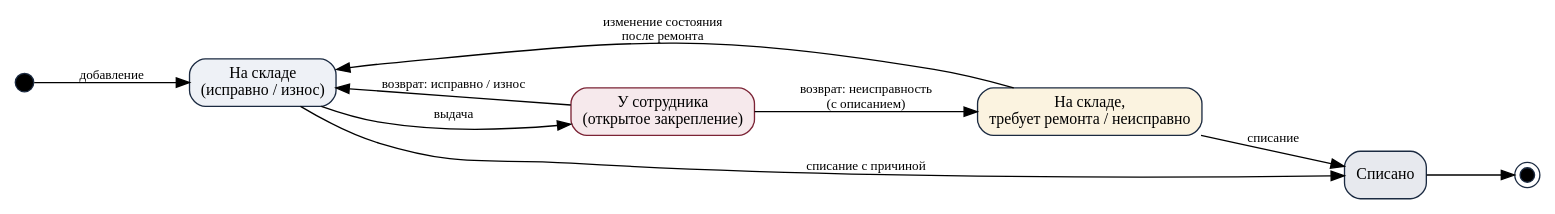
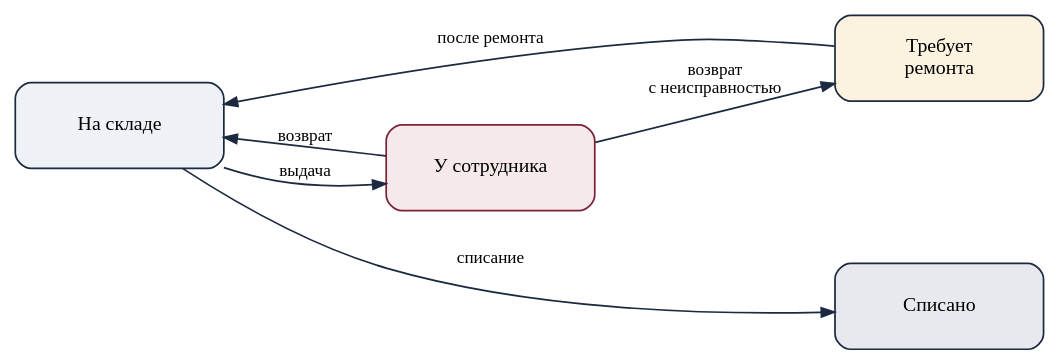
One commit to Black287234/KP-Nek changed the diagram in docs/report/diagrams/lifecycle.dot. Above: the diagram before and after it, drawn with Graphviz. The commit also changed 15 other files, not shown here.

First line of the commit message:
Упрощены схемы, легенда к выделенному правилу, последний слайд — только «Спасибо за внимание»

```diff
--- a/docs/report/diagrams/lifecycle.dot
+++ b/docs/report/diagrams/lifecycle.dot
@@ -1,16 +1,15 @@
 digraph G {
-  graph [rankdir=LR, fontname="Liberation Serif", bgcolor=white, nodesep=0.6, ranksep=0.9];
-  node [shape=box, style="rounded,filled", fillcolor="#eef1f6", color="#1b2a41", fontname="Liberation Serif", fontsize=12];
-  edge [fontname="Liberation Serif", fontsize=10];
-  s [shape=circle, label="", width=0.2, style=filled, fillcolor=black];
-  f [shape=doublecircle, label="", width=0.15, style=filled, fillcolor=black];
-  stock [label="На складе\n(исправно / износ)"]; held [label="У сотрудника\n(открытое закрепление)", fillcolor="#f6e9ec", color="#7b2335"];
-  repair [label="На складе,\nтребует ремонта / неисправно", fillcolor="#fbf3e0"]; off [label="Списано", fillcolor="#e7e9ee"];
-  s -> stock [label=" добавление"];
-  stock -> held [label=" выдача"];
-  held -> stock [label=" возврат: исправно / износ"];
-  held -> repair [label=" возврат: неисправность\n(с описанием)"];
-  repair -> stock [label=" изменение состояния\nпосле ремонта"];
-  stock -> off [label=" списание с причиной"]; repair -> off [label=" списание"];
-  off -> f;
+  graph [rankdir=LR, fontname="Liberation Serif", bgcolor=white, nodesep=0.8, ranksep=1.1];
+  node [shape=box, style="rounded,filled", fillcolor="#eef1f6", color="#1b2a41", penwidth=1.3, fontname="Liberation Serif", fontsize=15, width=2.2, height=0.9];
+  edge [fontname="Liberation Serif", fontsize=13, color="#1b2a41", penwidth=1.3];
+  stock [label="На складе"];
+  held [label="У сотрудника", fillcolor="#f6e9ec", color="#7b2335"];
+  repair [label="Требует\nремонта", fillcolor="#fbf3e0"];
+  off [label="Списано", fillcolor="#e7e9ee"];
+  stock -> held [label="выдача"];
+  held -> stock [label="возврат"];
+  held -> repair [label="возврат\nс неисправностью"];
+  repair -> stock [label="после ремонта"];
+  stock -> off [label="списание"];
+  {rank=same; repair; off}
 }
```
